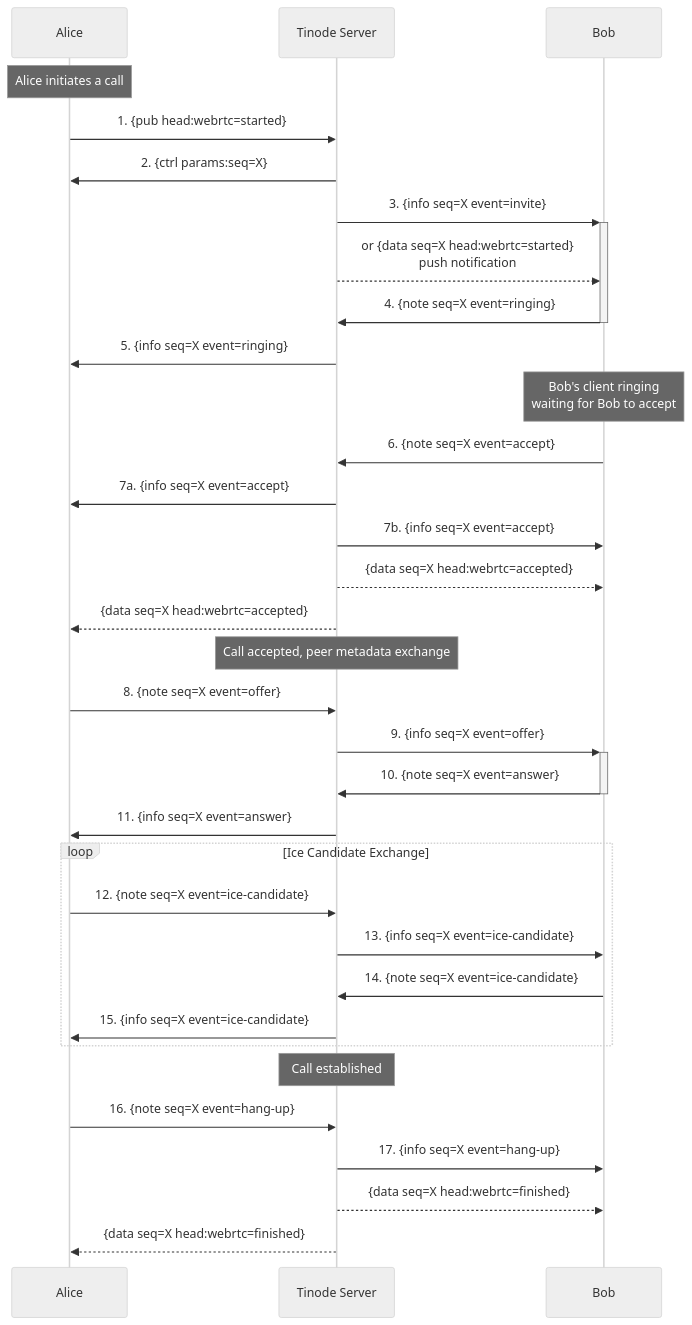
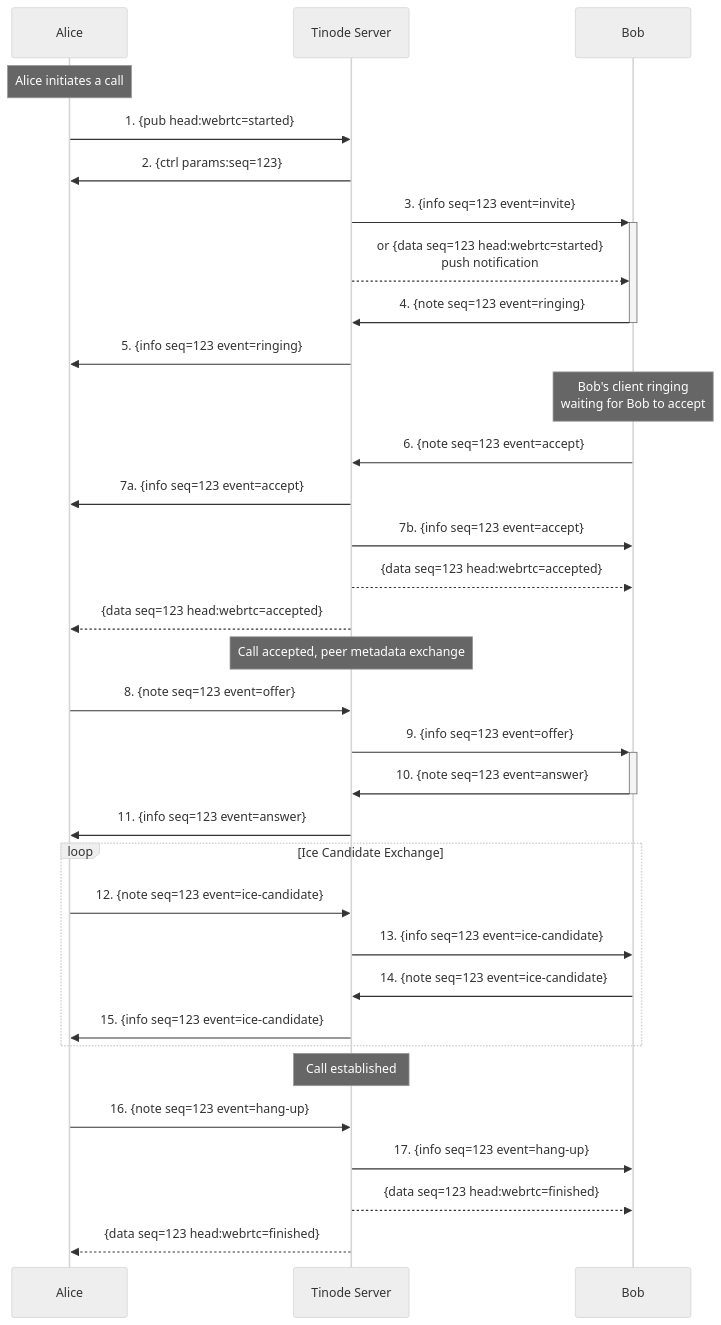
Before and after one commit to tinode/chat: the diagram in docs/call-establishment.md, drawn with Mermaid (neutral theme). The commit also changed other lines of this file, not shown here.

Commit message:
foratting

````diff
--- a/docs/call-establishment.md
+++ b/docs/call-establishment.md
@@ -17,35 +17,35 @@
 ```mermaid
 sequenceDiagram
     participant A as Alice
     participant S as Tinode Server
     participant B as Bob
     Note over A: Alice initiates a call
     A->>S: 1. {pub head:webrtc=started}
-    S->>A: 2. {ctrl params:seq=X}
-    S->>+B: 3. {info seq=X event=invite}
-    S-->>B: or {data seq=X head:webrtc=started} <br/> push notification
-    B->>-S: 4. {note seq=X event=ringing}
-    S->>A: 5. {info seq=X event=ringing}
+    S->>A: 2. {ctrl params:seq=123}
+    S->>+B: 3. {info seq=123 event=invite}
+    S-->>B: or {data seq=123 head:webrtc=started} <br/> push notification
+    B->>-S: 4. {note seq=123 event=ringing}
+    S->>A: 5. {info seq=123 event=ringing}
     Note over B: Bob's client ringing<br/>waiting for Bob to accept
-    B->>S: 6. {note seq=X event=accept}
-    S->>A: 7a. {info seq=X event=accept}
-    S->>B: 7b. {info seq=X event=accept}
-    S-->>B: {data seq=X head:webrtc=accepted}
-    S-->>A: {data seq=X head:webrtc=accepted}
+    B->>S: 6. {note seq=123 event=accept}
+    S->>A: 7a. {info seq=123 event=accept}
+    S->>B: 7b. {info seq=123 event=accept}
+    S-->>B: {data seq=123 head:webrtc=accepted}
+    S-->>A: {data seq=123 head:webrtc=accepted}
     Note over S: Call accepted, peer metadata exchange
-    A->>S: 8. {note seq=X event=offer}
-    S->>+B: 9. {info seq=X event=offer}
-    B->>-S: 10. {note seq=X event=answer}
-    S->>A: 11. {info seq=X event=answer}
+    A->>S: 8. {note seq=123 event=offer}
+    S->>+B: 9. {info seq=123 event=offer}
+    B->>-S: 10. {note seq=123 event=answer}
+    S->>A: 11. {info seq=123 event=answer}
     loop Ice Candidate Exchange
-        A->>S: 12. {note seq=X event=ice-candidate}
-        S->>B: 13. {info seq=X event=ice-candidate}
-        B->>S: 14. {note seq=X event=ice-candidate}
-        S->>A: 15. {info seq=X event=ice-candidate}
+        A->>S: 12. {note seq=123 event=ice-candidate}
+        S->>B: 13. {info seq=123 event=ice-candidate}
+        B->>S: 14. {note seq=123 event=ice-candidate}
+        S->>A: 15. {info seq=123 event=ice-candidate}
     end
     Note over S: Call established
-    A->>S: 16. {note seq=X event=hang-up}
-    S->>B: 17. {info seq=X event=hang-up}
-    S-->>B: {data seq=X head:webrtc=finished}
-    S-->>A: {data seq=X head:webrtc=finished}
+    A->>S: 16. {note seq=123 event=hang-up}
+    S->>B: 17. {info seq=123 event=hang-up}
+    S-->>B: {data seq=123 head:webrtc=finished}
+    S-->>A: {data seq=123 head:webrtc=finished}
 ```
````
